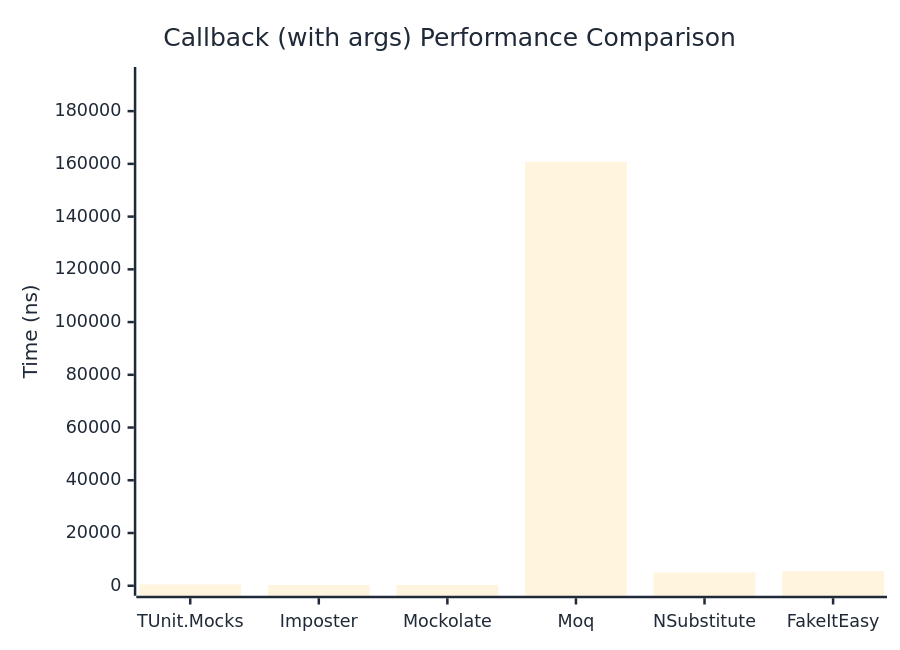
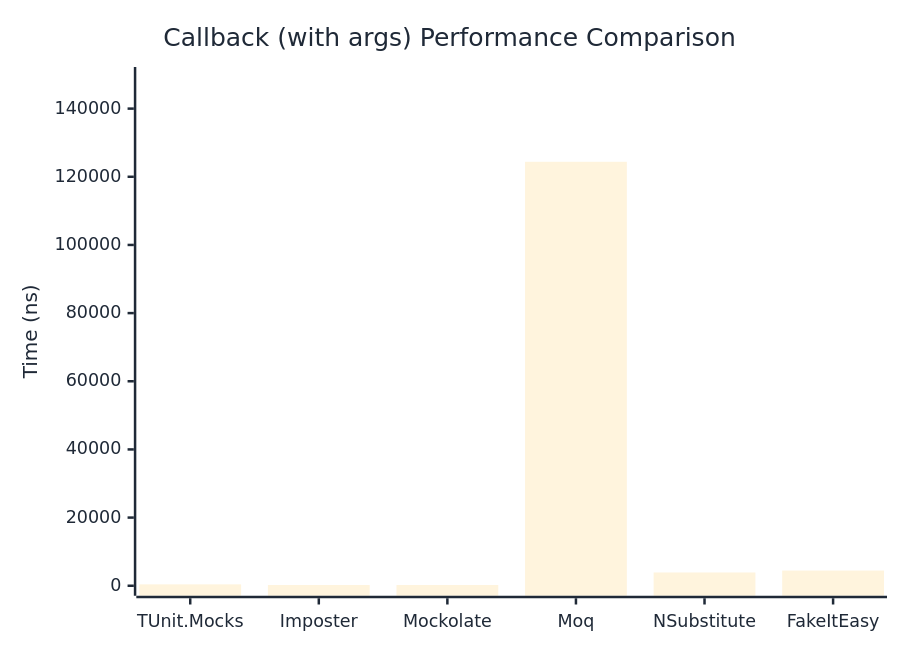
The second of 2 diagrams in docs/docs/benchmarks/mocks/Callback.md (thomhurst/TUnit), drawn with Mermaid before and after one commit. The commit also changed other lines of this file and 14 other files, not shown here.

````diff
--- a/docs/docs/benchmarks/mocks/Callback.md
+++ b/docs/docs/benchmarks/mocks/Callback.md
@@ -71,27 +71,27 @@
 ```mermaid
 %%{init: {
   'theme':'base',
   'themeVariables': {
     'primaryColor': '#2563eb',
     'primaryTextColor': '#1f2937',
     'primaryBorderColor': '#1e40af',
     'lineColor': '#6b7280',
     'secondaryColor': '#7c3aed',
     'tertiaryColor': '#dc2626',
     'background': '#ffffff',
     'pie1': '#2563eb',
     'pie2': '#7c3aed',
     'pie3': '#dc2626',
     'pie4': '#f59e0b',
     'pie5': '#10b981',
     'pie6': '#06b6d4',
     'pie7': '#ec4899',
     'pie8': '#6366f1'
   }
 }}%%
 xychart-beta
   title "Callback (with args) Performance Comparison"
   x-axis ["TUnit.Mocks", "Imposter", "Mockolate", "Moq", "NSubstitute", "FakeItEasy"]
-  y-axis "Time (ns)" 0 --> 192944
-  bar [485.7, 286.6, 302.7, 160786, 5047.5, 5615.9]
+  y-axis "Time (ns)" 0 --> 149277
+  bar [407.8, 223, 211.2, 124397.2, 3896.5, 4459]
 ```
````
